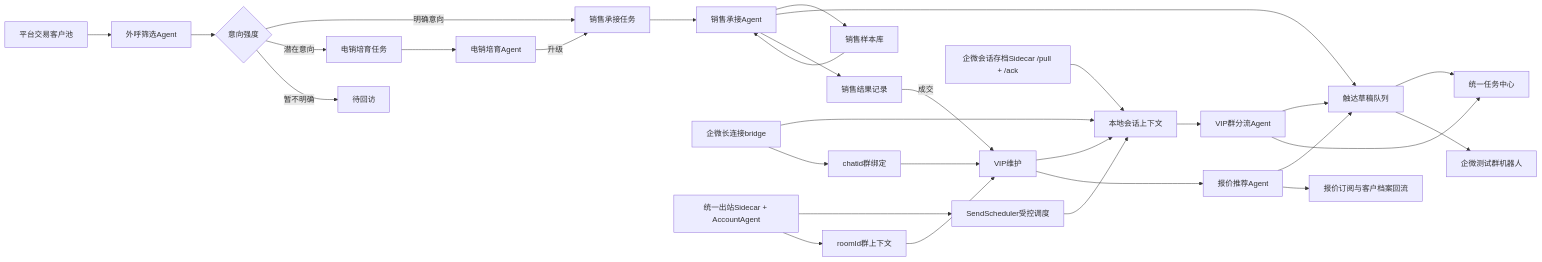
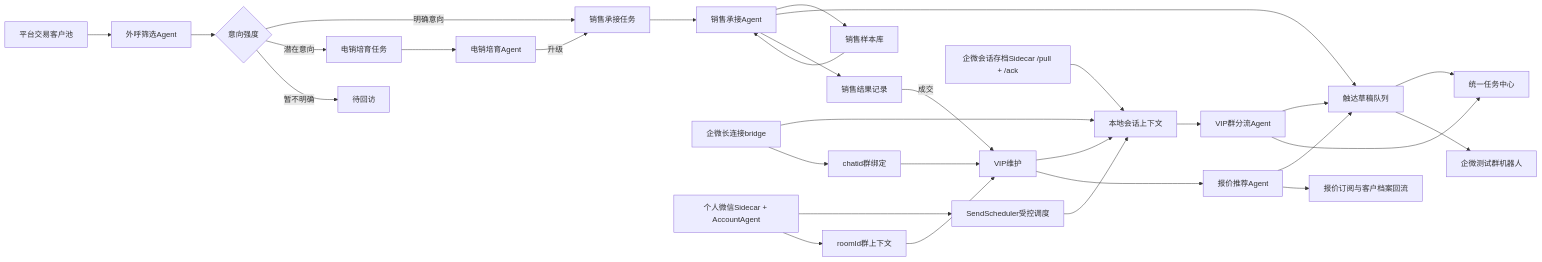
One commit to JUJUJUN313/customer-ops-agent-console changed the diagram in docs/PROJECT.md. Above: the diagram before and after it, drawn with Mermaid. The commit also changed other lines of this file and 15 other files, not shown here.

````diff
--- a/docs/PROJECT.md
+++ b/docs/PROJECT.md
@@ -9,33 +9,33 @@
 ```mermaid
 flowchart LR
   A["平台交易客户池"] --> B["外呼筛选Agent"]
   B --> C{"意向强度"}
   C -->|"明确意向"| D["销售承接任务"]
   C -->|"潜在意向"| E["电销培育任务"]
   C -->|"暂不明确"| F["待回访"]
   E --> G["电销培育Agent"]
   G -->|"升级"| D
   D --> H["销售承接Agent"]
   H --> O["销售样本库"]
   O --> H
   H --> Q["触达草稿队列"]
   H --> I["销售结果记录"]
   I -->|"成交"| J["VIP维护"]
   J --> P["本地会话上下文"]
   P --> K["VIP群分流Agent"]
   V["企微会话存档Sidecar /pull + /ack"] --> P
   X["企微长连接bridge"] --> P
-  Z["统一出站Sidecar + AccountAgent"] --> S["SendScheduler受控调度"]
+  Z["个人微信Sidecar + AccountAgent"] --> S["SendScheduler受控调度"]
   S --> P
   X --> Y["chatid群绑定"]
   Z --> R["roomId群上下文"]
   Y --> J
   R --> J
   J --> L["报价推荐Agent"]
   K --> Q
   L --> Q
   K --> M["统一任务中心"]
   L --> N["报价订阅与客户档案回流"]
   Q --> M
   Q --> W["企微测试群机器人"]
 ```
````
